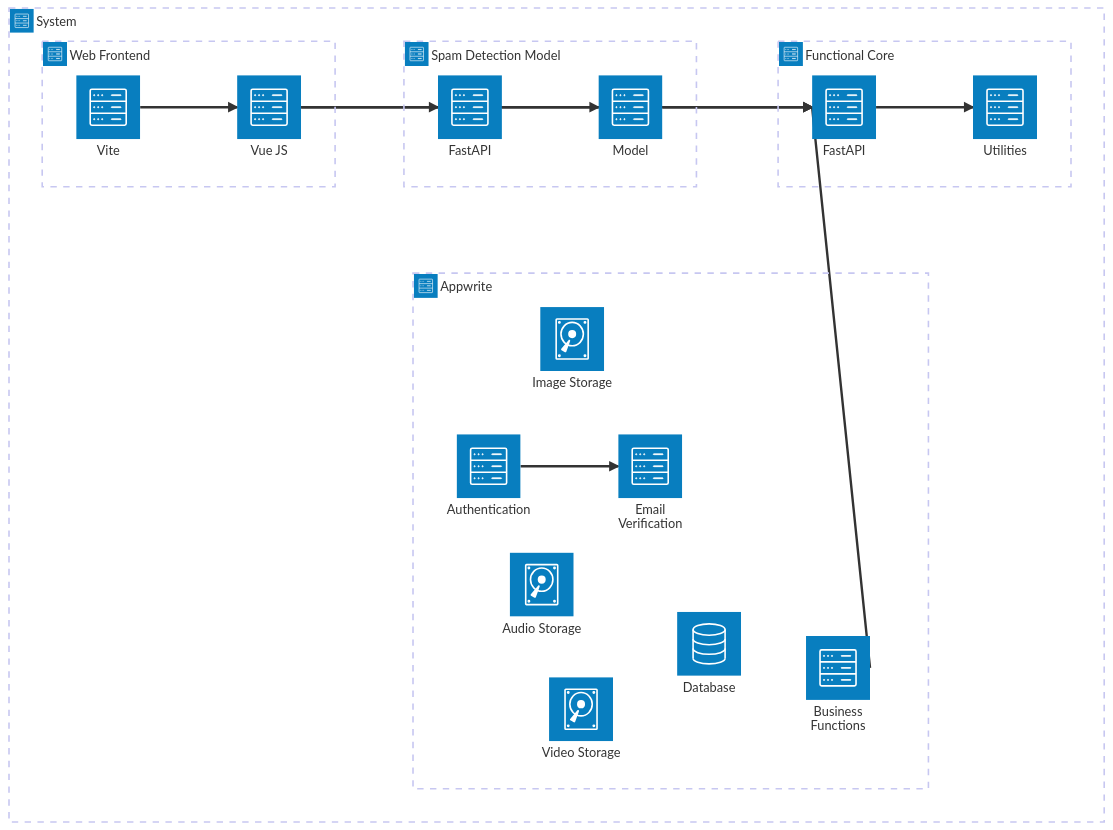
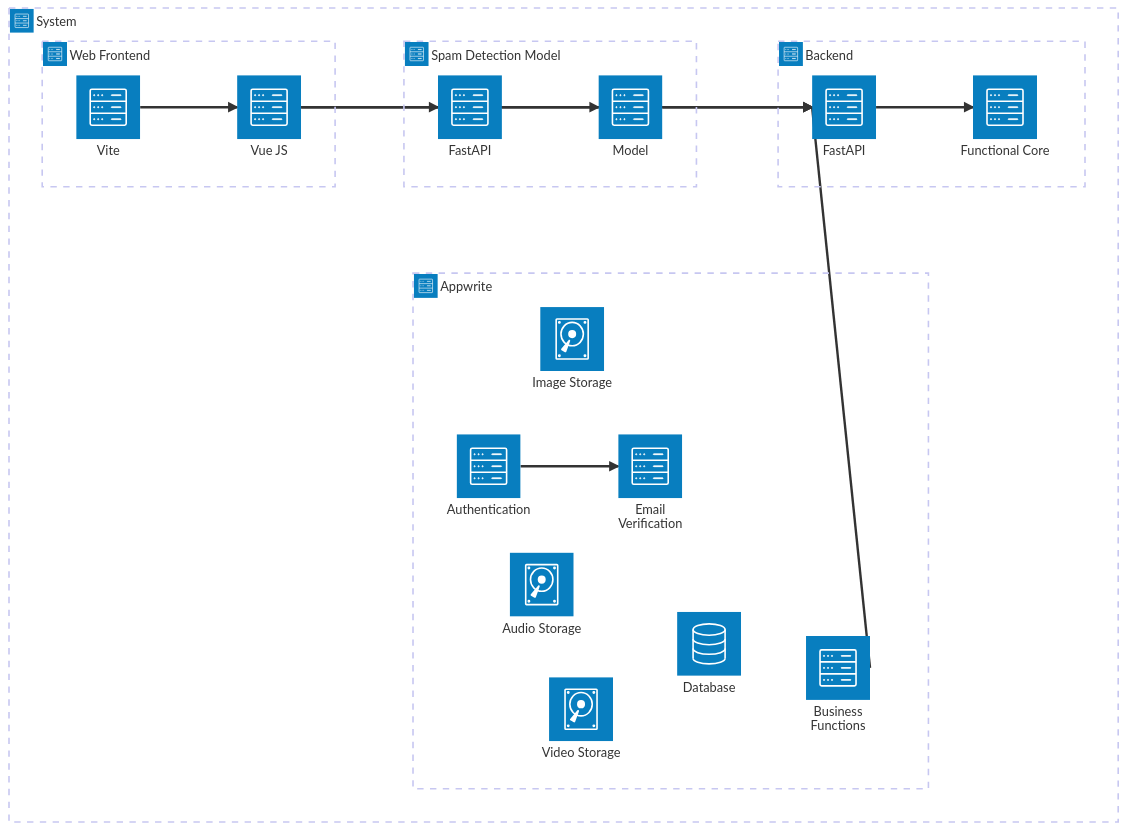
Before and after one commit to AboFawaz305/holberton-portfolio-project: the first of 5 diagrams in stage3/README.md, drawn with Mermaid.

Commit message:
Update architecture diagram

````diff
--- a/stage3/README.md
+++ b/stage3/README.md
@@ -76,50 +76,50 @@
   ```mermaid
 architecture-beta
     group proxy(server)[System]
 
     group webfrontend(server)[Web Frontend] in proxy
     group appwrite(server)[Appwrite] in proxy
     group spamdetctionmodel(server)[Spam Detection Model] in proxy
-    group core(server)[Functional Core] in proxy
+    group core(server)[Backend] in proxy
 
     %% Web Frontend Services
     service vuejs(server)[Vue JS] in webfrontend
     service vite(server)[Vite] in webfrontend
 
     vite:R --> L:vuejs
 
     %% vuejs:R --> L:bfuncs
     %% vuejs:R --> L:db
     %% vuejs:R --> L:vstore
     %% vuejs:R --> L:istore
     %% vuejs:R --> L:astore
     %% vuejs:R --> L:auth
 
     vuejs:R --> L:utilsa
     
     vuejs:R --> L:mapi
 
     %% Appwrite services
     service bfuncs(server)[Business Functions] in appwrite
     service db(database)[Database] in appwrite
     service vstore(disk)[Video Storage] in appwrite
     service astore(disk)[Audio Storage] in appwrite
     service istore(disk)[Image Storage] in appwrite
     service auth(server)[Authentication] in appwrite
     service messages(server)[Email Verification] in appwrite
 
     bfuncs:R --> L:utilsa
     auth:R --> L:messages
     %% Spam Detection Model
     service mapi(server)[FastAPI] in spamdetctionmodel
     service model(server)[Model] in spamdetctionmodel
 
     mapi:R --> L:model
     model:R --> L:utilsa
 
     %% Functional Core
-    service utils(server)[Utilities] in core
+    service utils(server)[Functional Core] in core
     service utilsa(server)[FastAPI] in core
 
     utilsa:R --> L:utils 
 ```
````
